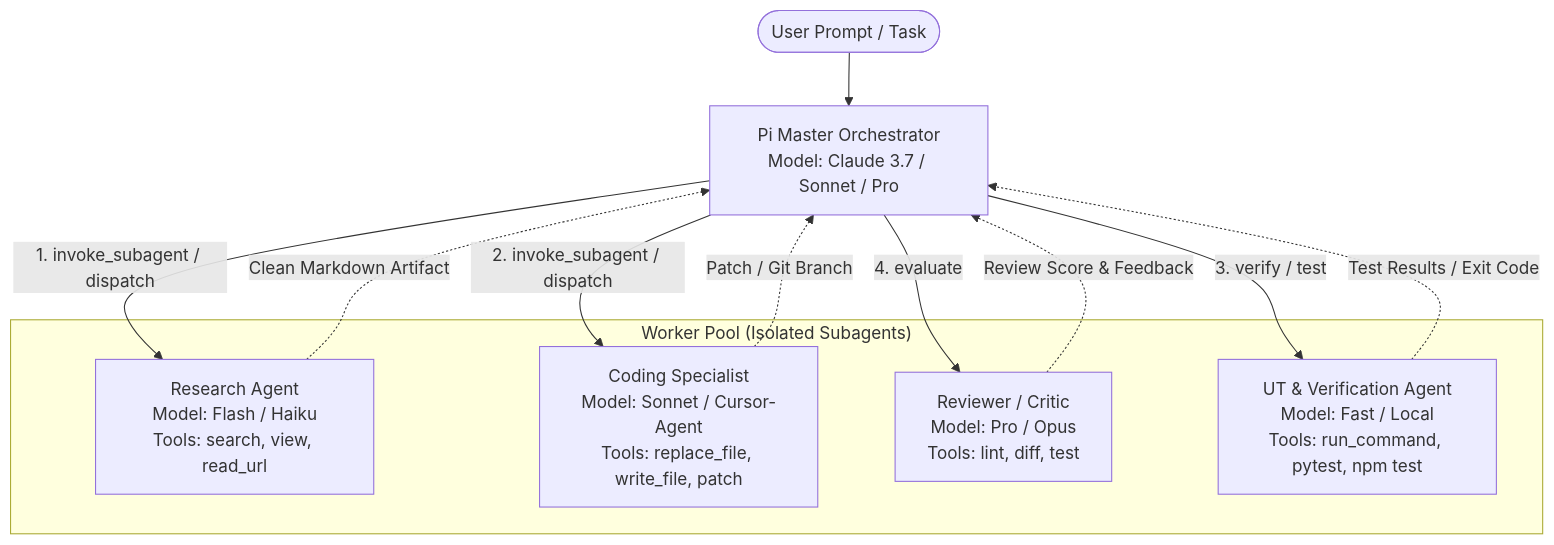
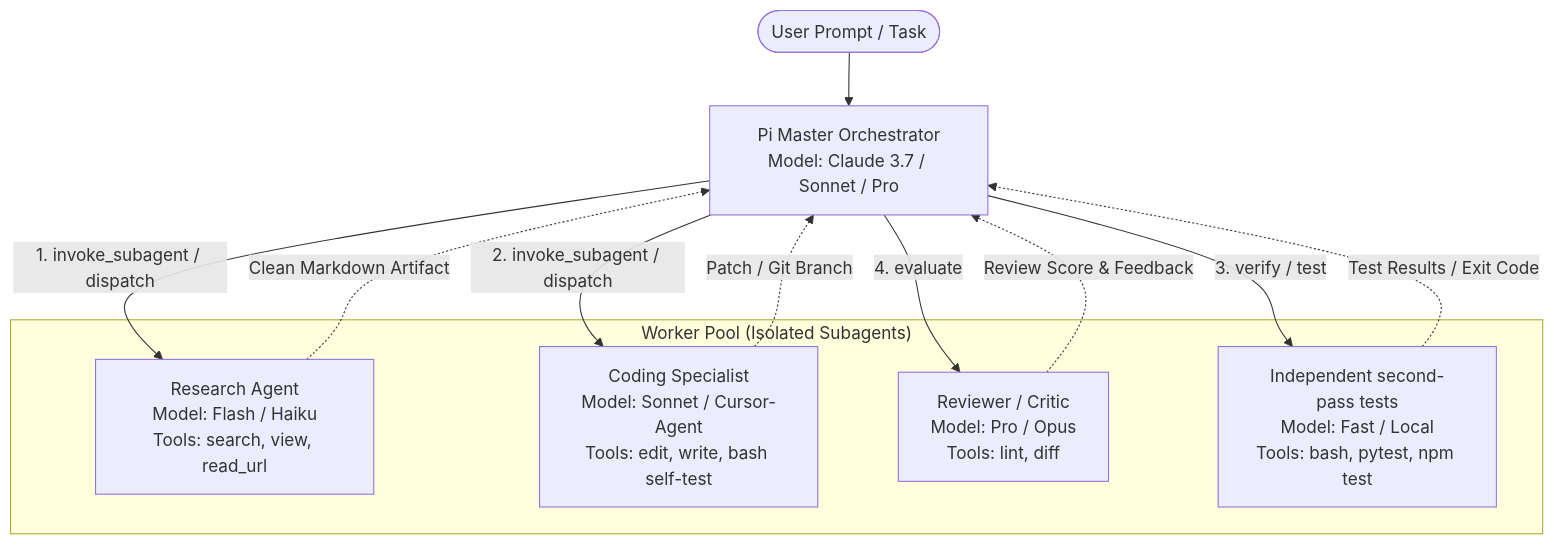
The first of 2 diagrams in docs/plans/orchestrator.md (truongnat/pi-agent-stack), drawn with Mermaid before and after one commit. The commit also changed other lines of this file and 10 other files, not shown here.

First line of the commit message:
feat(orchestrator): coder self-test with bash; live session dashboard

````diff
--- a/docs/plans/orchestrator.md
+++ b/docs/plans/orchestrator.md
@@ -26,21 +26,21 @@
 ```mermaid
 flowchart TD
     User([User Prompt / Task]) --> Master[Pi Master Orchestrator\nModel: Claude 3.7 / Sonnet / Pro]
     
     subgraph "Worker Pool (Isolated Subagents)"
         W_Research[Research Agent\nModel: Flash / Haiku\nTools: search, view, read_url]
-        W_Coder[Coding Specialist\nModel: Sonnet / Cursor-Agent\nTools: replace_file, write_file, patch]
-        W_Reviewer[Reviewer / Critic\nModel: Pro / Opus\nTools: lint, diff, test]
-        W_Tester[UT & Verification Agent\nModel: Fast / Local\nTools: run_command, pytest, npm test]
+        W_Coder[Coding Specialist\nModel: Sonnet / Cursor-Agent\nTools: edit, write, bash self-test]
+        W_Reviewer[Reviewer / Critic\nModel: Pro / Opus\nTools: lint, diff]
+        W_Tester[Independent second-pass tests\nModel: Fast / Local\nTools: bash, pytest, npm test]
     end
     
     Master -->|1. invoke_subagent / dispatch| W_Research
     Master -->|2. invoke_subagent / dispatch| W_Coder
     Master -->|3. verify / test| W_Tester
     Master -->|4. evaluate| W_Reviewer
     
     W_Research -.->|Clean Markdown Artifact| Master
     W_Coder -.->|Patch / Git Branch| Master
     W_Tester -.->|Test Results / Exit Code| Master
     W_Reviewer -.->|Review Score & Feedback| Master
 ```
````
